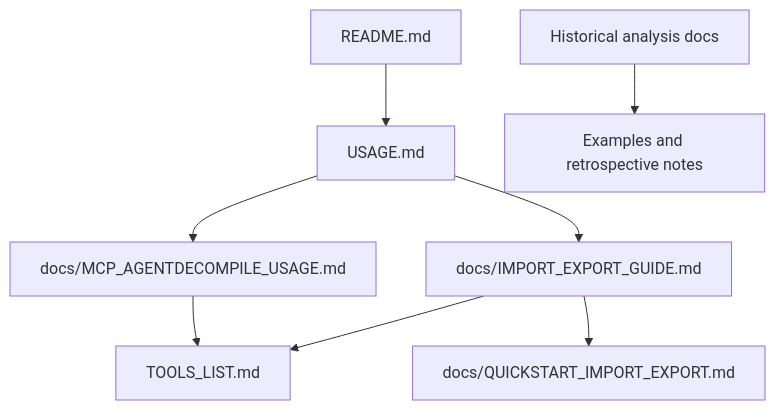
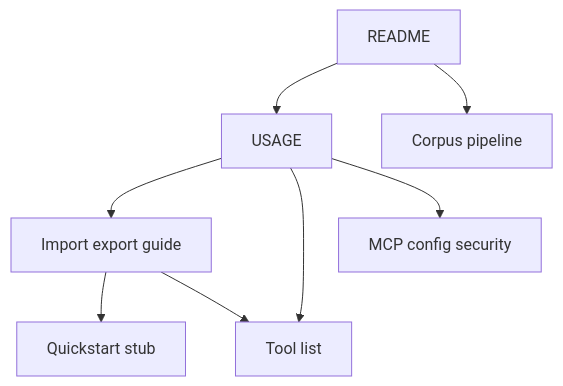
One commit to bolabaden/AgentDecompile changed the diagram in docs/INDEX.md. Above: the diagram before and after it, drawn with Mermaid. The commit also changed other lines of this file and 518 other files, not shown here.

````diff
--- a/docs/INDEX.md
+++ b/docs/INDEX.md
@@ -3,10 +3,10 @@
 ```mermaid
 flowchart TD
-  A[README.md] --> B[USAGE.md]
-  B --> C[docs/MCP_AGENTDECOMPILE_USAGE.md]
-  B --> D[docs/IMPORT_EXPORT_GUIDE.md]
-  D --> E[docs/QUICKSTART_IMPORT_EXPORT.md]
-  C --> F[TOOLS_LIST.md]
+  A[README] --> B[USAGE]
+  B --> D[Import export guide]
+  D --> E[Quickstart stub]
+  B --> F[Tool list]
   D --> F
-  G[Historical analysis docs] --> H[Examples and retrospective notes]
+  B --> G[MCP config security]
+  A --> H[Corpus pipeline]
 ```
````
